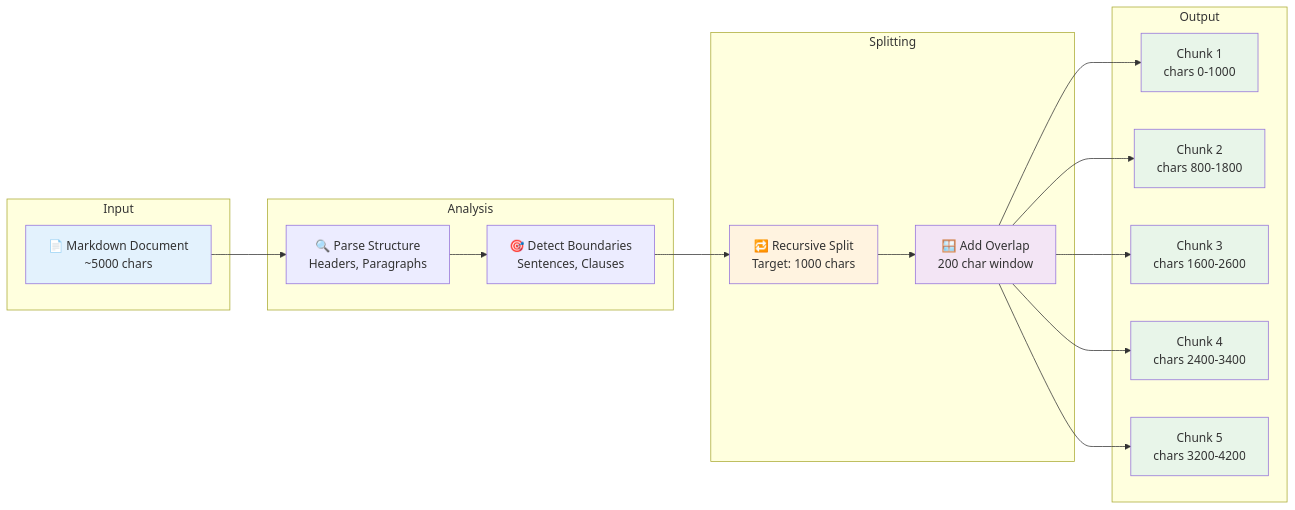
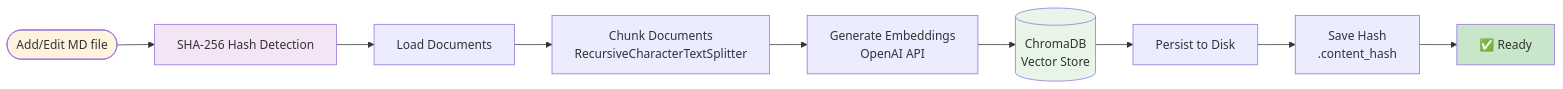
One commit to NinobraV/knowra-onboarding-agent changed the fifth of 8 diagrams in README.md. Above: the diagram before and after it, drawn with Mermaid. The commit also changed other lines of this file and 76 other files, not shown here.

First line of the commit message:
Refactor: Remove hybrid recursive splitter and related components

````diff
--- a/README.md
+++ b/README.md
@@ -2084,43 +244,16 @@
 ```mermaid
-graph LR
-    subgraph "Input"
-        DOC[📄 Markdown Document<br/>~5000 chars]
-    end
+flowchart LR
+    START([Add/Edit MD file]) --> DETECT[SHA-256 Hash Detection]
+    DETECT --> LOAD[Load Documents]
+    LOAD --> CHUNK[Chunk Documents<br/>RecursiveCharacterTextSplitter]
+    CHUNK --> EMBED[Generate Embeddings<br/>OpenAI API]
+    EMBED --> STORE[(ChromaDB<br/>Vector Store)]
+    STORE --> PERSIST[Persist to Disk]
+    PERSIST --> HASH_SAVE[Save Hash<br/>.content_hash]
+    HASH_SAVE --> READY[✅ Ready]
     
-    subgraph "Analysis"
-        PARSE[🔍 Parse Structure<br/>Headers, Paragraphs]
-        DETECT[🎯 Detect Boundaries<br/>Sentences, Clauses]
-    end
-    
-    subgraph "Splitting"
-        RECURSIVE[🔁 Recursive Split<br/>Target: 1000 chars]
-        WINDOW[🪟 Add Overlap<br/>200 char window]
-    end
-    
-    subgraph "Output"
-        C1[Chunk 1<br/>chars 0-1000]
-        C2[Chunk 2<br/>chars 800-1800]
-        C3[Chunk 3<br/>chars 1600-2600]
-        C4[Chunk 4<br/>chars 2400-3400]
-        C5[Chunk 5<br/>chars 3200-4200]
-    end
-    
-    DOC --> PARSE
-    PARSE --> DETECT
-    DETECT --> RECURSIVE
-    RECURSIVE --> WINDOW
-    WINDOW --> C1
-    WINDOW --> C2
-    WINDOW --> C3
-    WINDOW --> C4
-    WINDOW --> C5
-    
-    style DOC fill:#e3f2fd
-    style RECURSIVE fill:#fff3e0
-    style WINDOW fill:#f3e5f5
-    style C1 fill:#e8f5e9
-    style C2 fill:#e8f5e9
-    style C3 fill:#e8f5e9
-    style C4 fill:#e8f5e9
-    style C5 fill:#e8f5e9
+    style START fill:#fff3e0
+    style DETECT fill:#f3e5f5
+    style STORE fill:#e8f5e9
+    style READY fill:#c8e6c9
 ```
````
